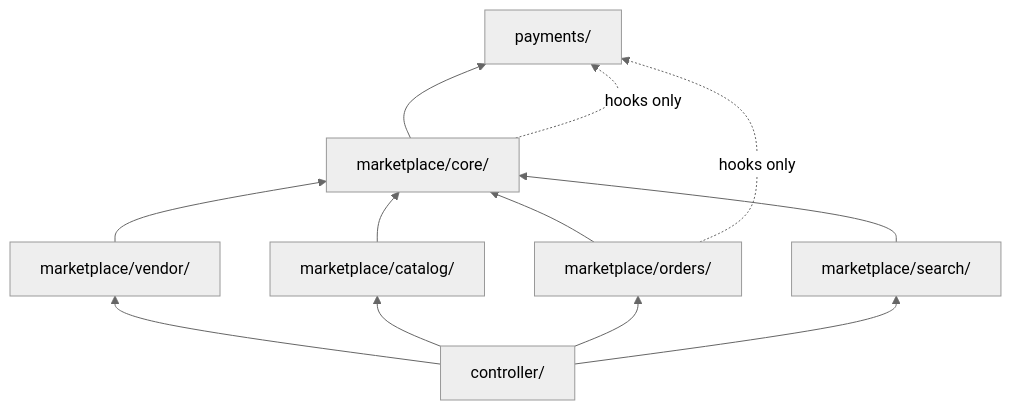
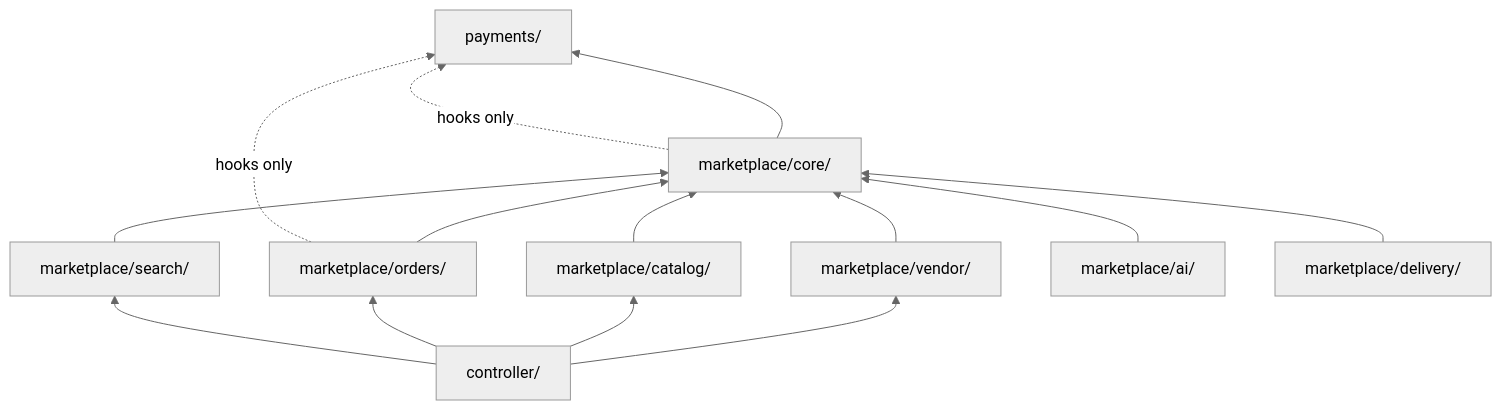
One commit to BoneraBlaise/yebone-backend changed the second of 7 diagrams in docs/PLATFORM_ARCHITECTURE.md. Above: the diagram before and after it, drawn with Mermaid (neutral theme). The commit also changed other lines of this file and 19 other files, not shown here.

````diff
--- a/docs/PLATFORM_ARCHITECTURE.md
+++ b/docs/PLATFORM_ARCHITECTURE.md
@@ -103,22 +105,26 @@
 ```mermaid
 flowchart BT
   Pay[payments/]
   Core[marketplace/core/]
   Vendor[marketplace/vendor/]
   Catalog[marketplace/catalog/]
   Orders[marketplace/orders/]
   Search[marketplace/search/]
+  AI[marketplace/ai/]
+  Delivery[marketplace/delivery/]
   Ctrl[controller/]
 
   Core --> Pay
   Vendor --> Core
   Catalog --> Core
   Orders --> Core
   Search --> Core
+  AI --> Core
+  Delivery --> Core
   Ctrl --> Vendor
   Ctrl --> Catalog
   Ctrl --> Orders
   Ctrl --> Search
   Orders -.->|hooks only| Pay
   Core -.->|hooks only| Pay
 ```
````
